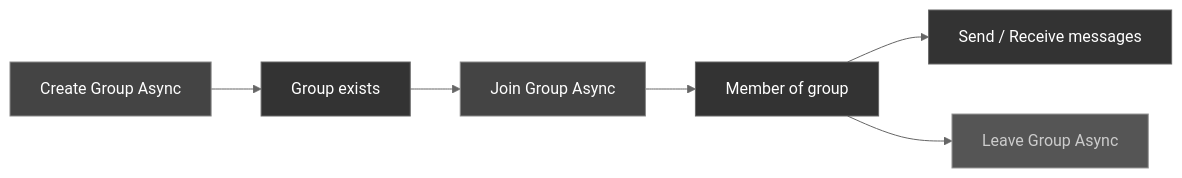
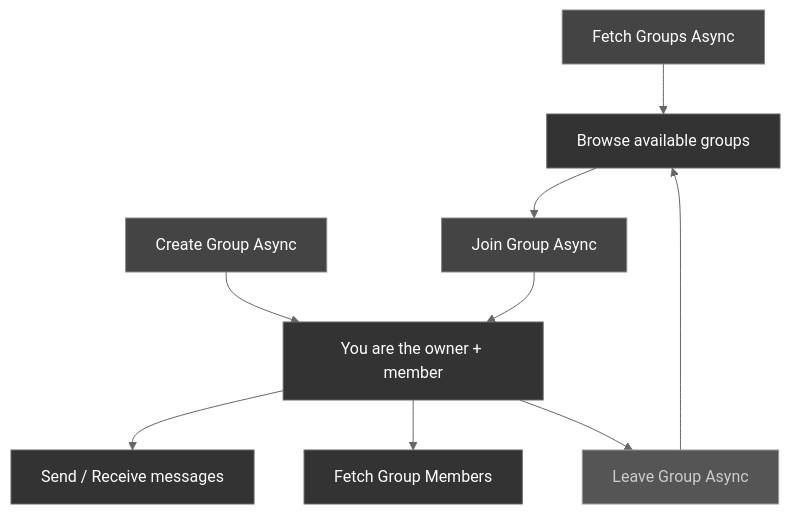
One commit to anshuman-cometchat/docs changed the diagram in sdk/unreal/groups.mdx. Above: the diagram before and after it, drawn with Mermaid (neutral theme). The commit also changed other lines of this file and 17 other files, not shown here.

````diff
--- a/sdk/unreal/groups.mdx
+++ b/sdk/unreal/groups.mdx
@@ -10,15 +10,20 @@
 ```mermaid
-flowchart LR
-    A["Create Group Async"] --> B["Group exists"]
-    B --> C["Join Group Async"]
-    C --> D["Member of group"]
-    D --> E["Send / Receive messages"]
-    D --> F["Leave Group Async"]
+flowchart TD
+    A["Fetch Groups Async"] --> B["Browse available groups"]
+    C["Create Group Async"] --> D["You are the owner + member"]
+    B --> E["Join Group Async"]
+    E --> D
+    D --> F["Send / Receive messages"]
+    D --> G["Fetch Group Members"]
+    D --> H["Leave Group Async"]
+    H --> B
 
     style A fill:#444,stroke:#888,color:#fff
     style B fill:#333,stroke:#666,color:#fff
     style C fill:#444,stroke:#888,color:#fff
     style D fill:#333,stroke:#666,color:#fff
-    style E fill:#333,stroke:#666,color:#fff
-    style F fill:#555,stroke:#999,color:#ccc
+    style E fill:#444,stroke:#888,color:#fff
+    style F fill:#333,stroke:#666,color:#fff
+    style G fill:#333,stroke:#666,color:#fff
+    style H fill:#555,stroke:#999,color:#ccc
 ```
````
